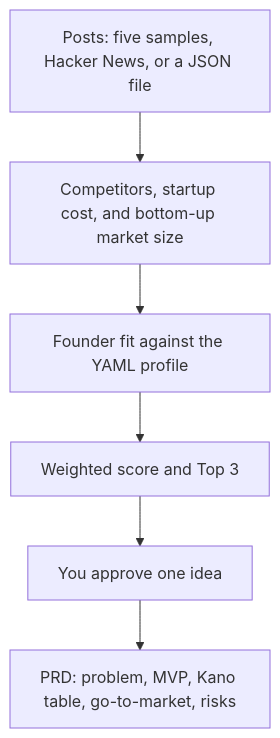
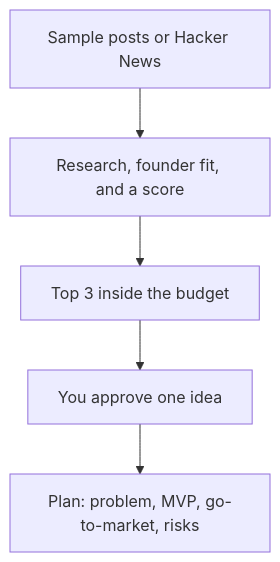
Before and after one commit to VJGit1/startup_scout: the diagram in README.md, drawn with Mermaid. The commit also changed other lines of this file, not shown here.

````diff
--- a/README.md
+++ b/README.md
@@ -123,8 +70,7 @@
 ```mermaid
 flowchart TD
-    posts["Posts: five samples, Hacker News, or a JSON file"] --> research["Competitors, startup cost, and bottom-up market size"]
-    research --> fit["Founder fit against the YAML profile"]
-    fit --> rank["Weighted score and Top 3"]
-    rank --> approve["You approve one idea"]
-    approve --> prd["PRD: problem, MVP, Kano table, go-to-market, risks"]
+    posts["Sample posts or Hacker News"] --> rank["Research, founder fit, and a score"]
+    rank --> top3["Top 3 inside the budget"]
+    top3 --> approve["You approve one idea"]
+    approve --> prd["Plan: problem, MVP, go-to-market, risks"]
 ```
````
